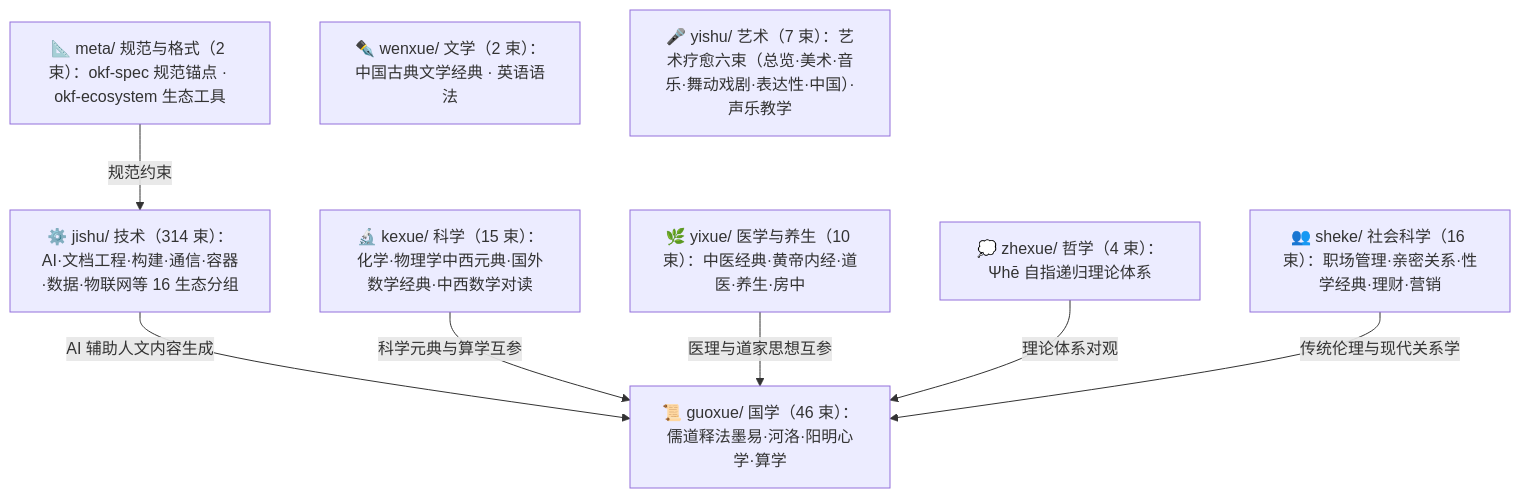
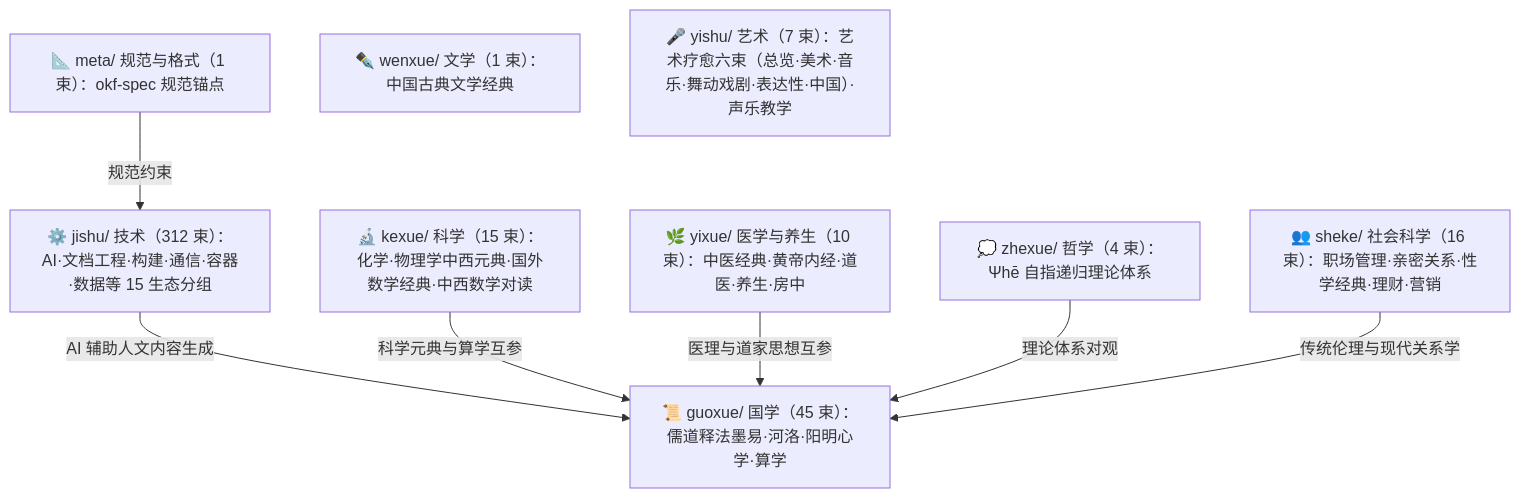
One commit to awesome-flexloop/awesome-okf changed the diagram in doc/bundles/index.md. Above: the diagram before and after it, drawn with Mermaid. The commit also changed other lines of this file and 2 other files, not shown here.

First line of the commit message:
chore(bundles): 注册 jishu/gui 分组并门驱动同步三级索引计数

````diff
--- a/doc/bundles/index.md
+++ b/doc/bundles/index.md
@@ -21,18 +21,18 @@
 ```mermaid
 flowchart TD
-    meta["📐 meta/ 规范与格式（2 束）：okf-spec 规范锚点 · okf-ecosystem 生态工具"]
-    guoxue["📜 guoxue/ 国学（46 束）：儒道释法墨易·河洛·阳明心学·算学"]
+    meta["📐 meta/ 规范与格式（1 束）：okf-spec 规范锚点"]
+    guoxue["📜 guoxue/ 国学（45 束）：儒道释法墨易·河洛·阳明心学·算学"]
     zhexue["💭 zhexue/ 哲学（4 束）：Ψhē 自指递归理论体系"]
     kexue["🔬 kexue/ 科学（15 束）：化学·物理学中西元典·国外数学经典·中西数学对读"]
-    wenxue["✒️ wenxue/ 文学（2 束）：中国古典文学经典 · 英语语法"]
+    wenxue["✒️ wenxue/ 文学（1 束）：中国古典文学经典"]
     yixue["🌿 yixue/ 医学与养生（10 束）：中医经典·黄帝内经·道医·养生·房中"]
     sheke["👥 sheke/ 社会科学（16 束）：职场管理·亲密关系·性学经典·理财·营销"]
     yishu["🎤 yishu/ 艺术（7 束）：艺术疗愈六束（总览·美术·音乐·舞动戏剧·表达性·中国）·声乐教学"]
-    jishu["⚙️ jishu/ 技术（314 束）：AI·文档工程·构建·通信·容器·数据·物联网等 16 生态分组"]
+    jishu["⚙️ jishu/ 技术（312 束）：AI·文档工程·构建·通信·容器·数据等 15 生态分组"]
     meta -->|"规范约束"| jishu
     jishu -->|"AI 辅助人文内容生成"| guoxue
     kexue -->|"科学元典与算学互参"| guoxue
     yixue -->|"医理与道家思想互参"| guoxue
     zhexue -->|"理论体系对观"| guoxue
     sheke -->|"传统伦理与现代关系学"| guoxue
 ```
````
